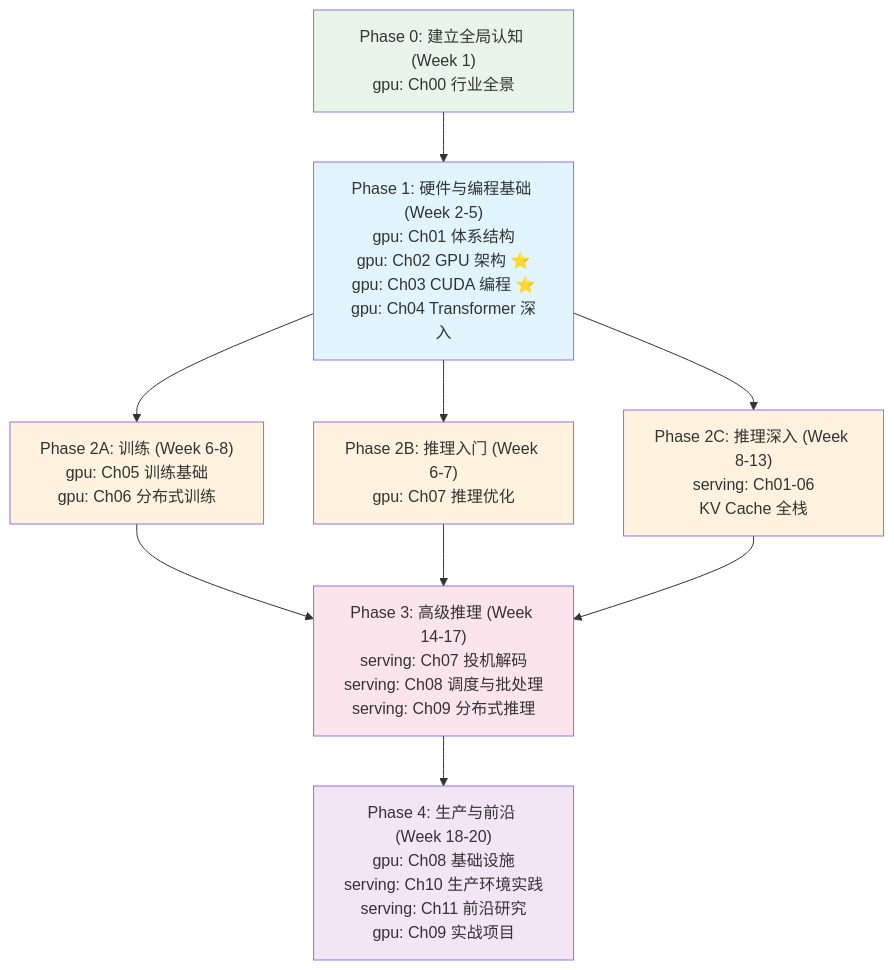
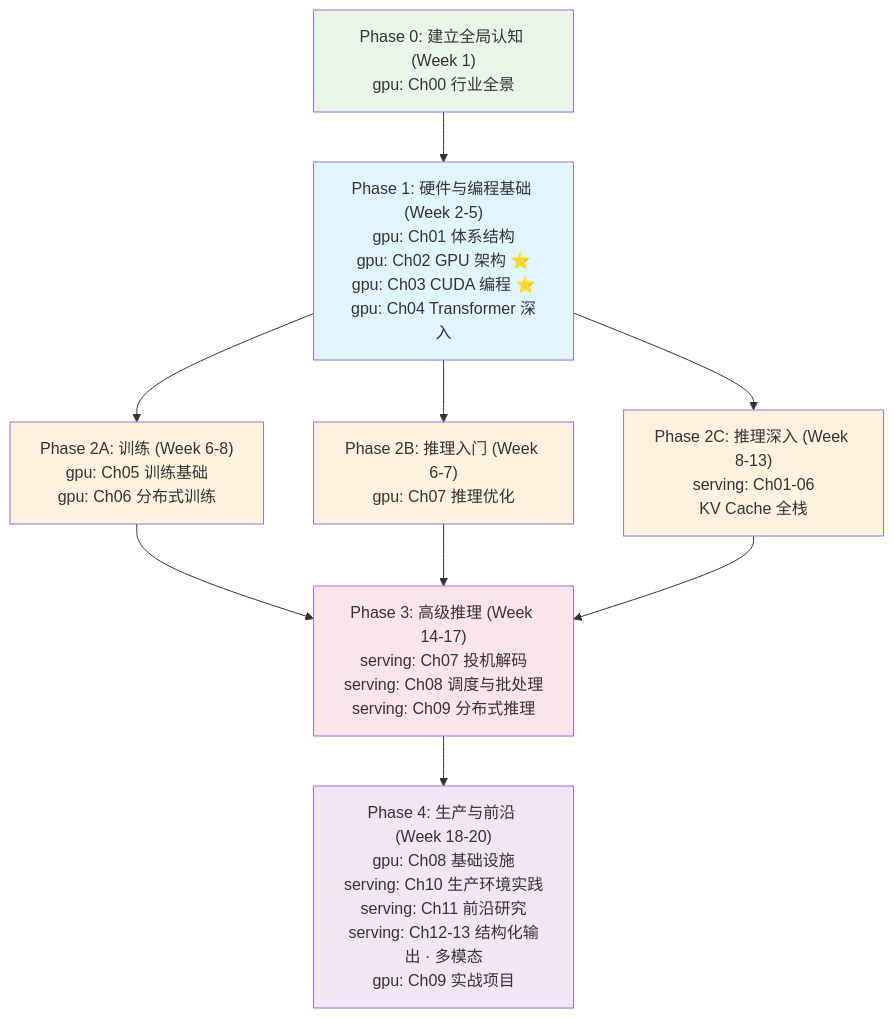
Before and after one commit to NightLemon/llm-serving-deep-dive: the diagram in STUDY_GUIDE.md, drawn with Mermaid. The commit also changed other lines of this file and 11 other files, not shown here.

````diff
--- a/STUDY_GUIDE.md
+++ b/STUDY_GUIDE.md
@@ -50,27 +50,27 @@
 ```mermaid
 graph TD
     P0["Phase 0: 建立全局认知 (Week 1)<br/>gpu: Ch00 行业全景"]
     P1["Phase 1: 硬件与编程基础 (Week 2-5)<br/>gpu: Ch01 体系结构<br/>gpu: Ch02 GPU 架构 ⭐<br/>gpu: Ch03 CUDA 编程 ⭐<br/>gpu: Ch04 Transformer 深入"]
     P2A["Phase 2A: 训练 (Week 6-8)<br/>gpu: Ch05 训练基础<br/>gpu: Ch06 分布式训练"]
     P2B["Phase 2B: 推理入门 (Week 6-7)<br/>gpu: Ch07 推理优化"]
     P2C["Phase 2C: 推理深入 (Week 8-13)<br/>serving: Ch01-06<br/>KV Cache 全栈"]
     P3["Phase 3: 高级推理 (Week 14-17)<br/>serving: Ch07 投机解码<br/>serving: Ch08 调度与批处理<br/>serving: Ch09 分布式推理"]
-    P4["Phase 4: 生产与前沿 (Week 18-20)<br/>gpu: Ch08 基础设施<br/>serving: Ch10 生产环境实践<br/>serving: Ch11 前沿研究<br/>gpu: Ch09 实战项目"]
+    P4["Phase 4: 生产与前沿 (Week 18-20)<br/>gpu: Ch08 基础设施<br/>serving: Ch10 生产环境实践<br/>serving: Ch11 前沿研究<br/>serving: Ch12-13 结构化输出 · 多模态<br/>gpu: Ch09 实战项目"]
 
     P0 --> P1
     P1 --> P2A
     P1 --> P2B
     P1 --> P2C
     P2A --> P3
     P2B --> P3
     P2C --> P3
     P3 --> P4
 
     style P0 fill:#e8f5e9
     style P1 fill:#e1f5fe
     style P2A fill:#fff3e0
     style P2B fill:#fff3e0
     style P2C fill:#fff3e0
     style P3 fill:#fce4ec
     style P4 fill:#f3e5f5
 ```
````
